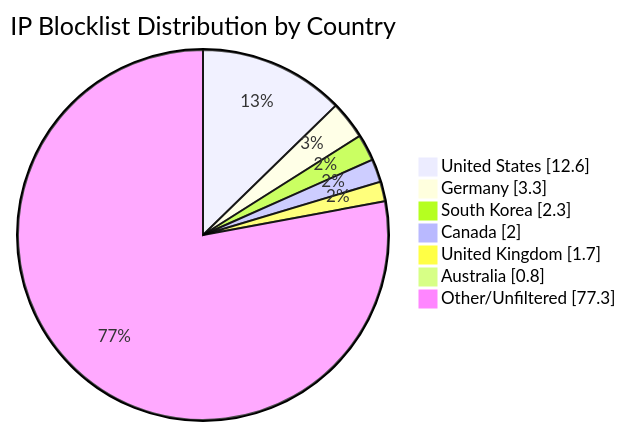
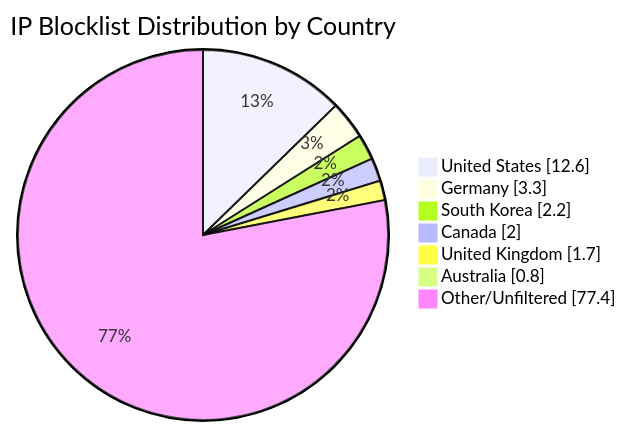
Before and after one commit to MarcusHoltz/ipblocklist-geofiltered-aggregator: the diagram in README.md, drawn with Mermaid. The commit also changed other lines of this file and 9 other files, not shown here.

````diff
--- a/README.md
+++ b/README.md
@@ -34,10 +34,10 @@
 ```mermaid
 pie showData title IP Blocklist Distribution by Country
 "United States" : 12.6
 "Germany" : 3.3
-"South Korea" : 2.3
+"South Korea" : 2.2
 "Canada" : 2.0
 "United Kingdom" : 1.7
 "Australia" : 0.8
-"Other/Unfiltered" : 77.3
+"Other/Unfiltered" : 77.4
 ```
````
